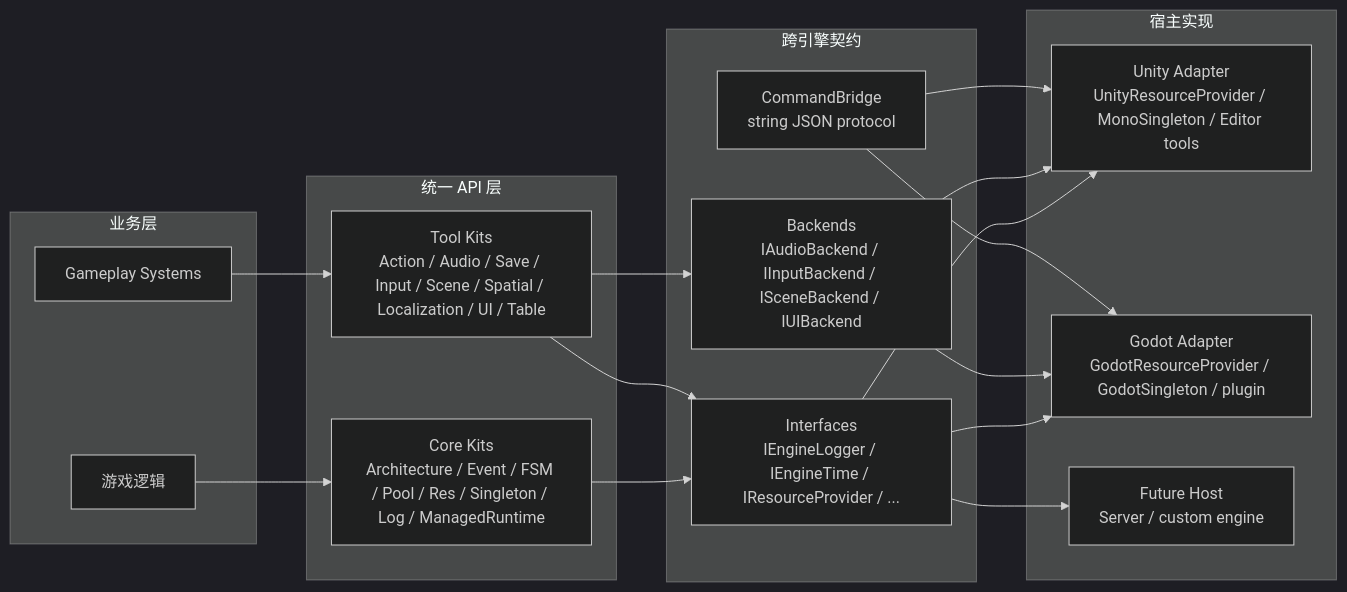
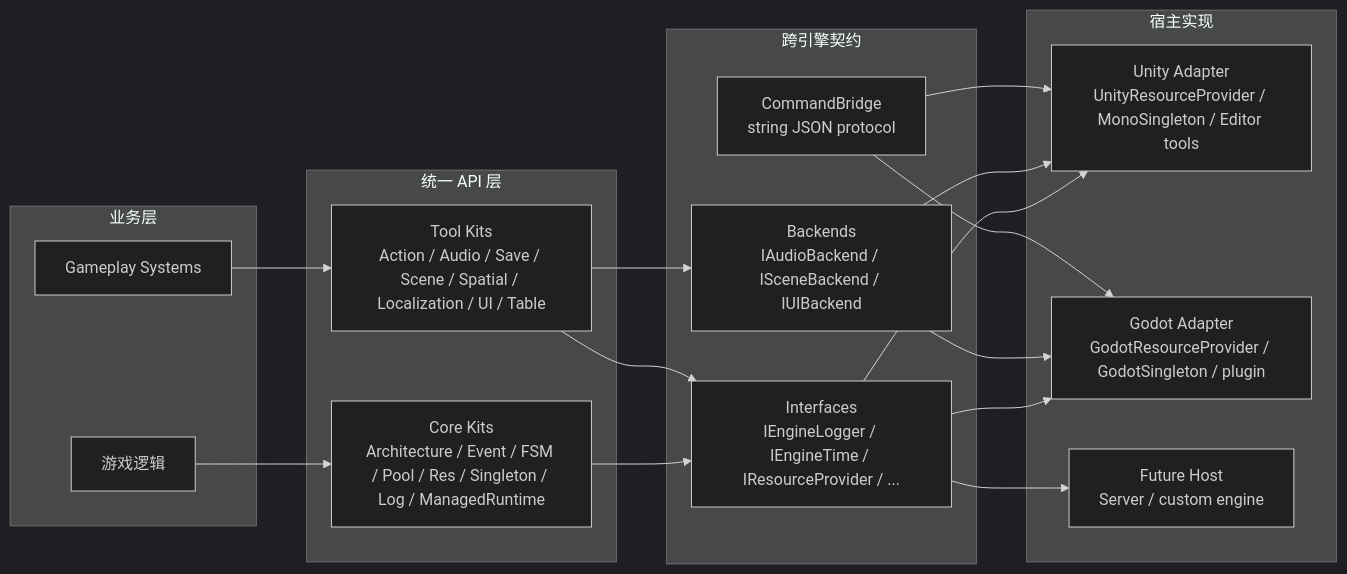
One commit to HinataYoki/YokiFrame changed the second of 7 diagrams in README.md. Above: the diagram before and after it, drawn with Mermaid (dark theme). The commit also changed other lines of this file and 90 other files, not shown here.

````diff
--- a/README.md
+++ b/README.md
@@ -68,37 +68,37 @@
 ```mermaid
 flowchart LR
     subgraph Business["业务层"]
         GameLogic["游戏逻辑"]
         GameplaySystems["Gameplay Systems"]
     end
 
     subgraph PublicApi["统一 API 层"]
         CoreKits["Core Kits<br/>Architecture / Event / FSM / Pool / Res / Singleton / Log / ManagedRuntime"]
-        ToolKits["Tool Kits<br/>Action / Audio / Save / Input / Scene / Spatial / Localization / UI / Table"]
+        ToolKits["Tool Kits<br/>Action / Audio / Save / Scene / Spatial / Localization / UI / Table"]
     end
 
     subgraph Contracts["跨引擎契约"]
         Interfaces["Interfaces<br/>IEngineLogger / IEngineTime / IResourceProvider / ..."]
-        Backends["Backends<br/>IAudioBackend / IInputBackend / ISceneBackend / IUIBackend"]
+        Backends["Backends<br/>IAudioBackend / ISceneBackend / IUIBackend"]
         CommandBridge["CommandBridge<br/>string JSON protocol"]
     end
 
     subgraph Hosts["宿主实现"]
         Unity["Unity Adapter<br/>UnityResourceProvider / MonoSingleton / Editor tools"]
         Godot["Godot Adapter<br/>GodotResourceProvider / GodotSingleton / plugin"]
         Future["Future Host<br/>Server / custom engine"]
     end
 
     GameLogic --> CoreKits
     GameplaySystems --> ToolKits
     CoreKits --> Interfaces
     ToolKits --> Interfaces
     ToolKits --> Backends
     Interfaces --> Unity
     Interfaces --> Godot
     Interfaces --> Future
     Backends --> Unity
     Backends --> Godot
     CommandBridge --> Unity
     CommandBridge --> Godot
 ```
````
